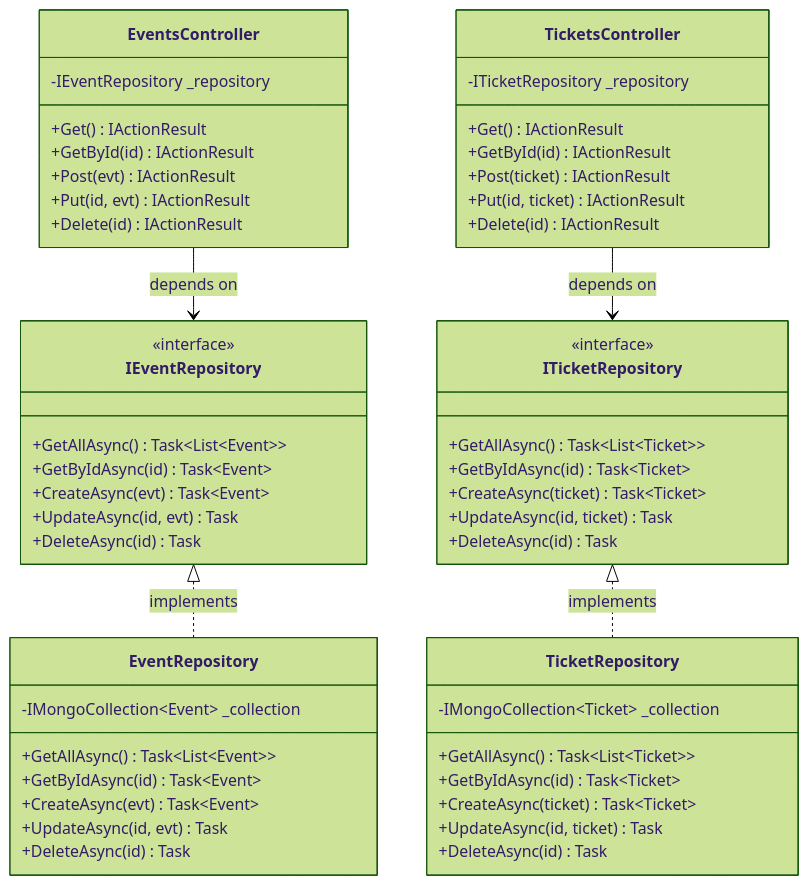
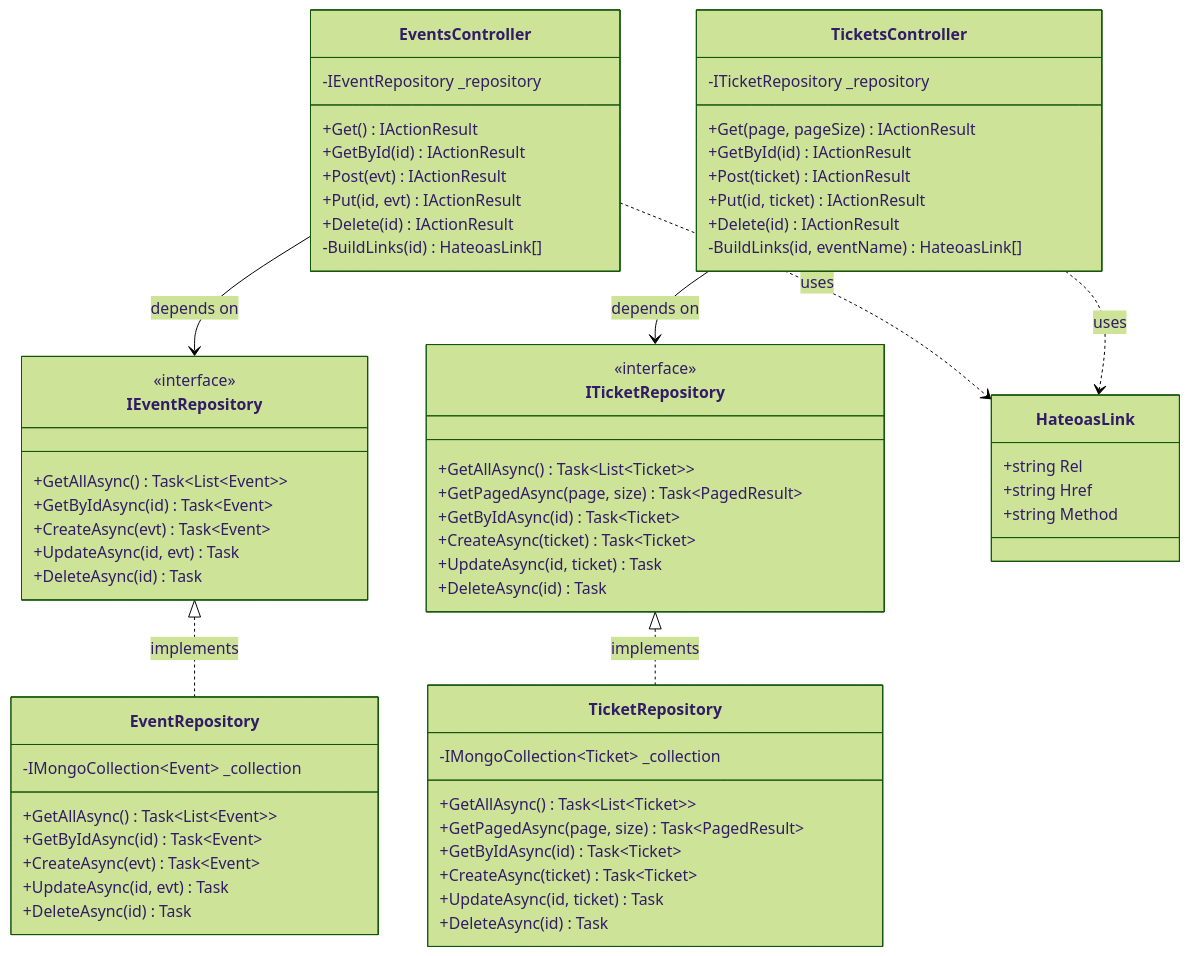
The fourth of 4 diagrams in README.md (UguralpKivanc/BiletProje), drawn with Mermaid (forest theme) before and after one commit. The commit also changed other lines of this file, not shown here.

````diff
--- a/README.md
+++ b/README.md
@@ -126,61 +174,73 @@
 ```mermaid
 classDiagram
     class IEventRepository {
         <<interface>>
         +GetAllAsync() Task~List~Event~~
         +GetByIdAsync(id) Task~Event~
         +CreateAsync(evt) Task~Event~
         +UpdateAsync(id, evt) Task
         +DeleteAsync(id) Task
     }
 
     class EventRepository {
         -IMongoCollection~Event~ _collection
         +GetAllAsync() Task~List~Event~~
         +GetByIdAsync(id) Task~Event~
         +CreateAsync(evt) Task~Event~
         +UpdateAsync(id, evt) Task
         +DeleteAsync(id) Task
     }
 
     class EventsController {
         -IEventRepository _repository
         +Get() IActionResult
         +GetById(id) IActionResult
         +Post(evt) IActionResult
         +Put(id, evt) IActionResult
         +Delete(id) IActionResult
+        -BuildLinks(id) HateoasLink[]
     }
 
     class ITicketRepository {
         <<interface>>
         +GetAllAsync() Task~List~Ticket~~
+        +GetPagedAsync(page, size) Task~PagedResult~
         +GetByIdAsync(id) Task~Ticket~
         +CreateAsync(ticket) Task~Ticket~
         +UpdateAsync(id, ticket) Task
         +DeleteAsync(id) Task
     }
 
     class TicketRepository {
         -IMongoCollection~Ticket~ _collection
         +GetAllAsync() Task~List~Ticket~~
+        +GetPagedAsync(page, size) Task~PagedResult~
         +GetByIdAsync(id) Task~Ticket~
         +CreateAsync(ticket) Task~Ticket~
         +UpdateAsync(id, ticket) Task
         +DeleteAsync(id) Task
     }
 
     class TicketsController {
         -ITicketRepository _repository
-        +Get() IActionResult
+        +Get(page, pageSize) IActionResult
         +GetById(id) IActionResult
         +Post(ticket) IActionResult
         +Put(id, ticket) IActionResult
         +Delete(id) IActionResult
+        -BuildLinks(id, eventName) HateoasLink[]
     }
 
-    IEventRepository <|.. EventRepository : implements
-    EventsController --> IEventRepository : depends on
+    class HateoasLink {
+        +string Rel
+        +string Href
+        +string Method
+    }
+
+    IEventRepository  <|.. EventRepository  : implements
+    EventsController  --> IEventRepository  : depends on
     ITicketRepository <|.. TicketRepository : implements
     TicketsController --> ITicketRepository : depends on
+    EventsController  ..> HateoasLink : uses
+    TicketsController ..> HateoasLink : uses
 ```
````
